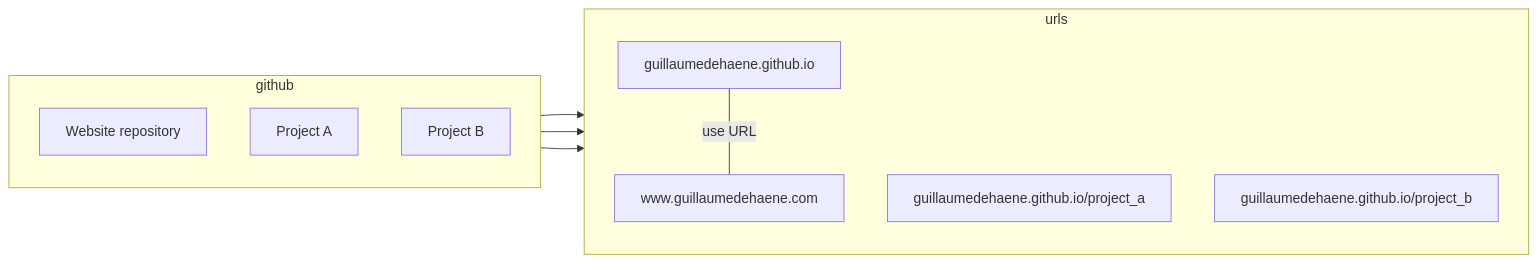
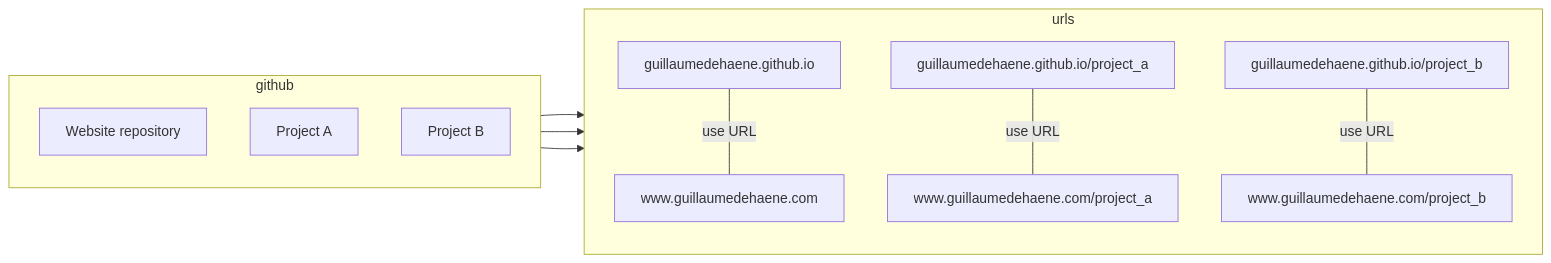
The diagram in posts/github_pages_setup_with_quarto.qmd (GuillaumeDehaene/guillaumedehaene.github.io), drawn with Mermaid before and after one commit. The commit also changed other lines of this file and 18 other files, not shown here.

````diff
--- a/posts/github_pages_setup_with_quarto.qmd
+++ b/posts/github_pages_setup_with_quarto.qmd
@@ -24,22 +27,23 @@
 ```{mermaid}
-%% | fig-cap:" My desired setup for my Quarto websites: a main website, and several project-specific demos."
-%% | label: fig-setup
+%% | label: fig-structure
 flowchart LR
     subgraph github
         direction TB
         A
         C
         E
     end
     subgraph urls
         direction TB
         B
         BB
         D
+        DD
         F
+        FF
     end
     A[Website repository] --> B[guillaumedehaene.github.io]
     B -- use URL --- BB[www.guillaumedehaene.com]
-    C[Project A] --> D[guillaumedehaene.github.io/project_a]
-    E[Project B] --> F[guillaumedehaene.github.io/project_b]
+    C[Project A] --> D[guillaumedehaene.github.io/project_a] -- use URL --- DD[www.guillaumedehaene.com/project_a]
+    E[Project B] --> F[guillaumedehaene.github.io/project_b] -- use URL --- FF[www.guillaumedehaene.com/project_b]
 ```
````
